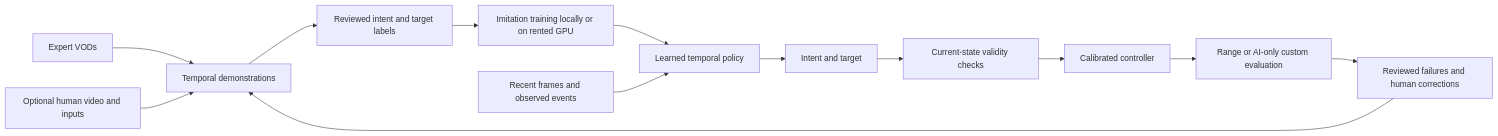
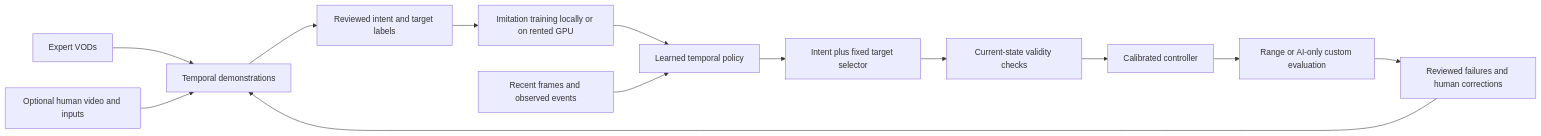
The diagram in docs/learning-plan.md (Volpestyle/rivals-agent), drawn with Mermaid before and after one commit. The commit also changed other lines of this file, not shown here.

````diff
--- a/docs/learning-plan.md
+++ b/docs/learning-plan.md
@@ -120,15 +212,15 @@
 ```mermaid
 flowchart LR
     V[Expert VODs] --> D[Temporal demonstrations]
     H[Optional human video and inputs] --> D
     D --> L[Reviewed intent and target labels]
     L --> T[Imitation training locally or on rented GPU]
     T --> P[Learned temporal policy]
     F[Recent frames and observed events] --> P
-    P --> I[Intent and target]
+    P --> I[Intent plus fixed target selector]
     I --> G[Current-state validity checks]
     G --> C[Calibrated controller]
     C --> E[Range or AI-only custom evaluation]
     E --> R[Reviewed failures and human corrections]
     R --> D
 ```
````
